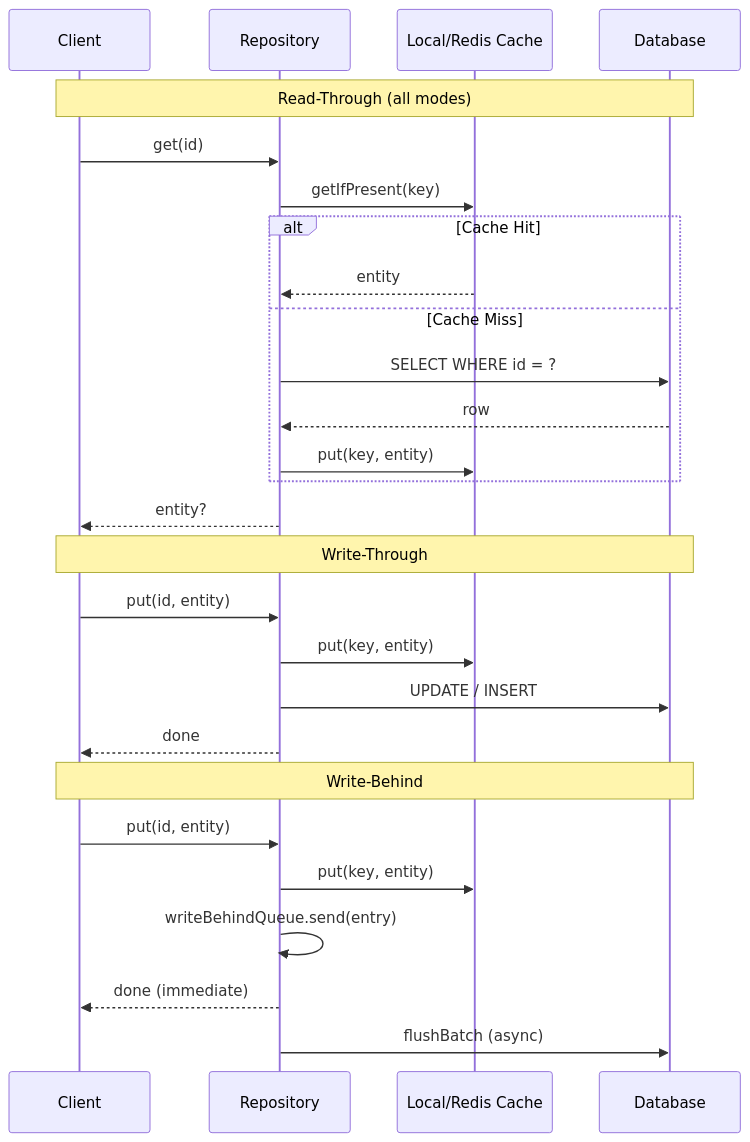
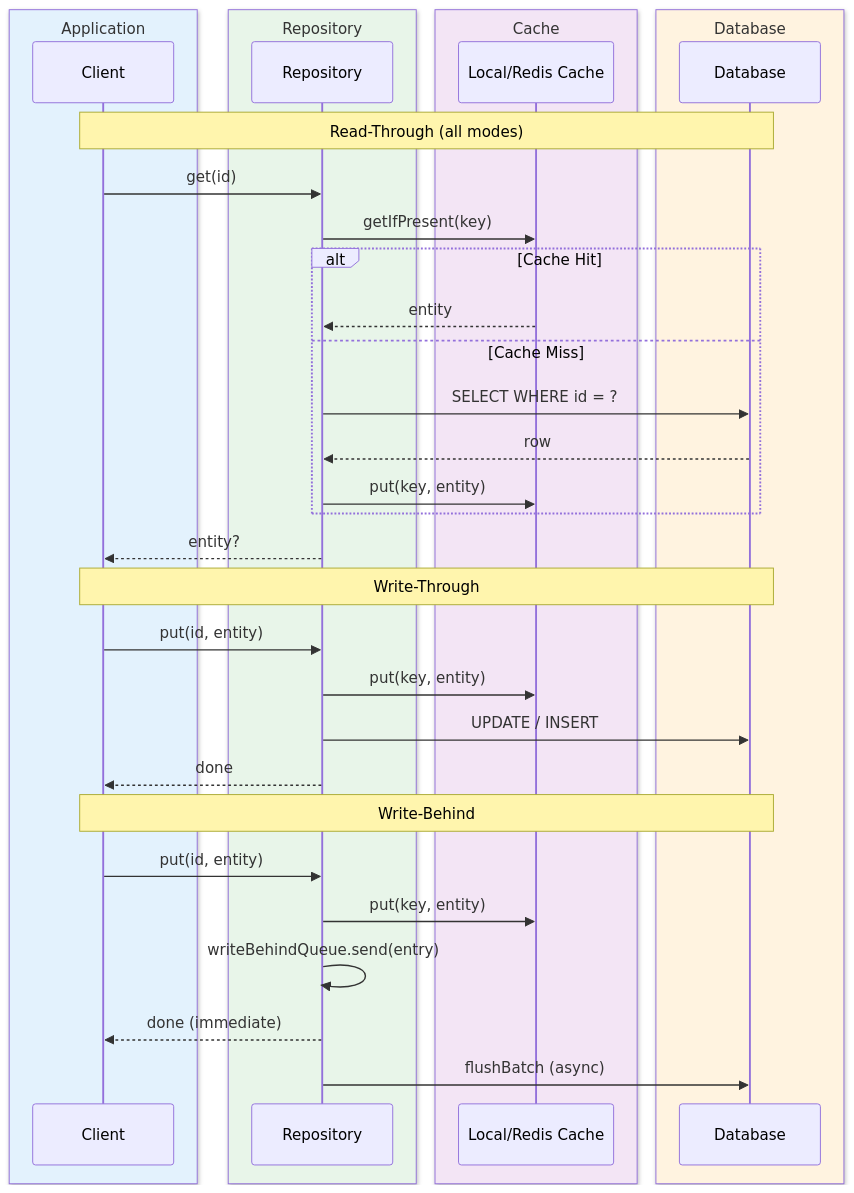
Before and after one commit to bluetape4k/bluetape4k-projects: the third of 3 diagrams in data/exposed-cache/README.md, drawn with Mermaid. The commit also changed other lines of this file and 221 other files, not shown here.

First line of the commit message:
docs: 전체 모듈 README UML 다이어그램 보강 및 색상 업그레이드

````diff
--- a/data/exposed-cache/README.md
+++ b/data/exposed-cache/README.md
@@ -163,32 +183,40 @@
 ```mermaid
 sequenceDiagram
-    participant Client
-    participant Repo as Repository
-    participant Cache as Local/Redis Cache
-    participant DB as Database
+    box rgb(227, 242, 253) Application
+        participant Client
+    end
+    box rgb(232, 245, 233) Repository
+        participant Repo as Repository
+    end
+    box rgb(243, 229, 245) Cache
+        participant Cache as Local/Redis Cache
+    end
+    box rgb(255, 243, 224) Database
+        participant DB as Database
+    end
 
     Note over Client,DB: Read-Through (all modes)
     Client->>Repo: get(id)
     Repo->>Cache: getIfPresent(key)
     alt Cache Hit
         Cache-->>Repo: entity
     else Cache Miss
         Repo->>DB: SELECT WHERE id = ?
         DB-->>Repo: row
         Repo->>Cache: put(key, entity)
     end
     Repo-->>Client: entity?
 
     Note over Client,DB: Write-Through
     Client->>Repo: put(id, entity)
     Repo->>Cache: put(key, entity)
     Repo->>DB: UPDATE / INSERT
     Repo-->>Client: done
 
     Note over Client,DB: Write-Behind
     Client->>Repo: put(id, entity)
     Repo->>Cache: put(key, entity)
     Repo->>Repo: writeBehindQueue.send(entry)
     Repo-->>Client: done (immediate)
     Repo->>DB: flushBatch (async)
 ```
````
